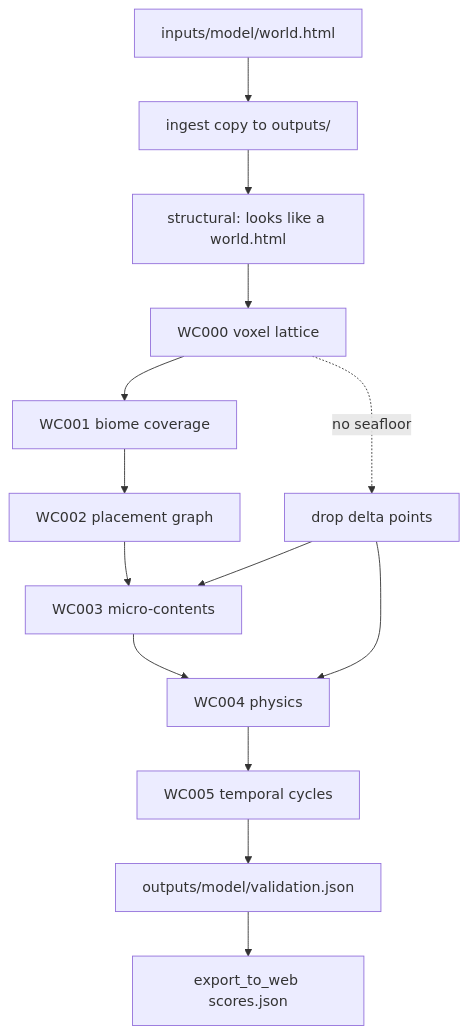
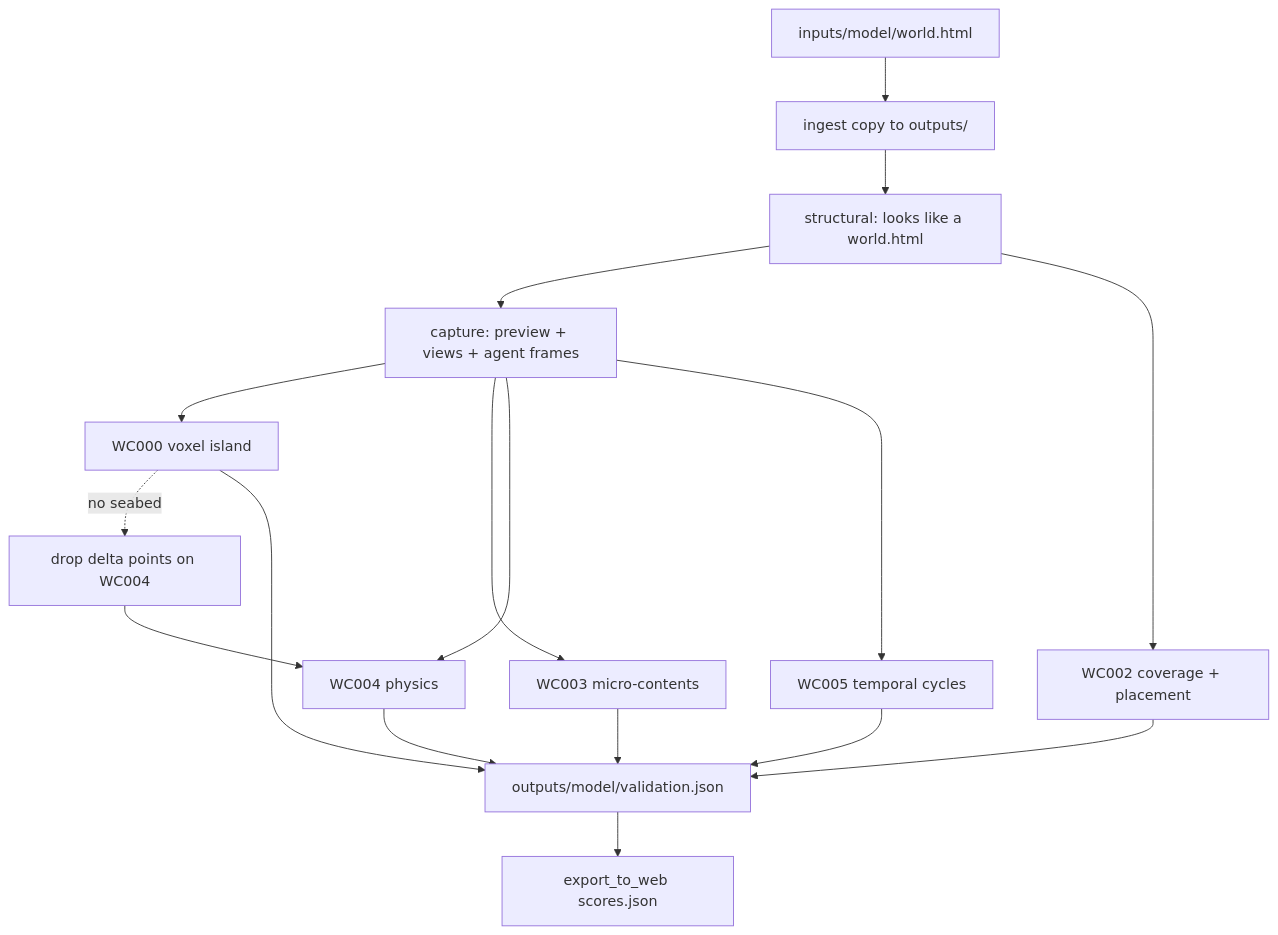
One commit to KrishBakshi/worldbench changed the diagram in README.md. Above: the diagram before and after it, drawn with Mermaid. The commit also changed other lines of this file and 29 other files, not shown here.

First line of the commit message:
WC005 on pinned-clock frames, fixed 280-pt ladder, capture in validate, rate-limit safety.

````diff
--- a/README.md
+++ b/README.md
@@ -22,17 +35,20 @@
 ```mermaid
 flowchart TD
     src["inputs/model/world.html"]
     src --> ingest["ingest copy to outputs/"]
     ingest --> s["structural: looks like a world.html"]
-    s --> w0["WC000 voxel lattice"]
-    w0 --> w1["WC001 biome coverage"]
-    w1 --> w2["WC002 placement graph"]
-    w2 --> w3["WC003 micro-contents"]
-    w3 --> w4["WC004 physics"]
-    w4 --> w5["WC005 temporal cycles"]
-    w0 -.->|no seafloor| gate["drop delta points"]
-    gate --> w3
+    s --> cap["capture: preview + views + agent frames"]
+    cap --> w0["WC000 voxel island"]
+    s --> w2["WC002 coverage + placement"]
+    cap --> w3["WC003 micro-contents"]
+    cap --> w4["WC004 physics"]
+    cap --> w5["WC005 temporal cycles"]
+    w0 -.->|no seabed| gate["drop delta points on WC004"]
     gate --> w4
-    w5 --> val["outputs/model/validation.json"]
+    w0 --> val["outputs/model/validation.json"]
+    w2 --> val
+    w3 --> val
+    w4 --> val
+    w5 --> val
     val --> web["export_to_web scores.json"]
 ```
````
